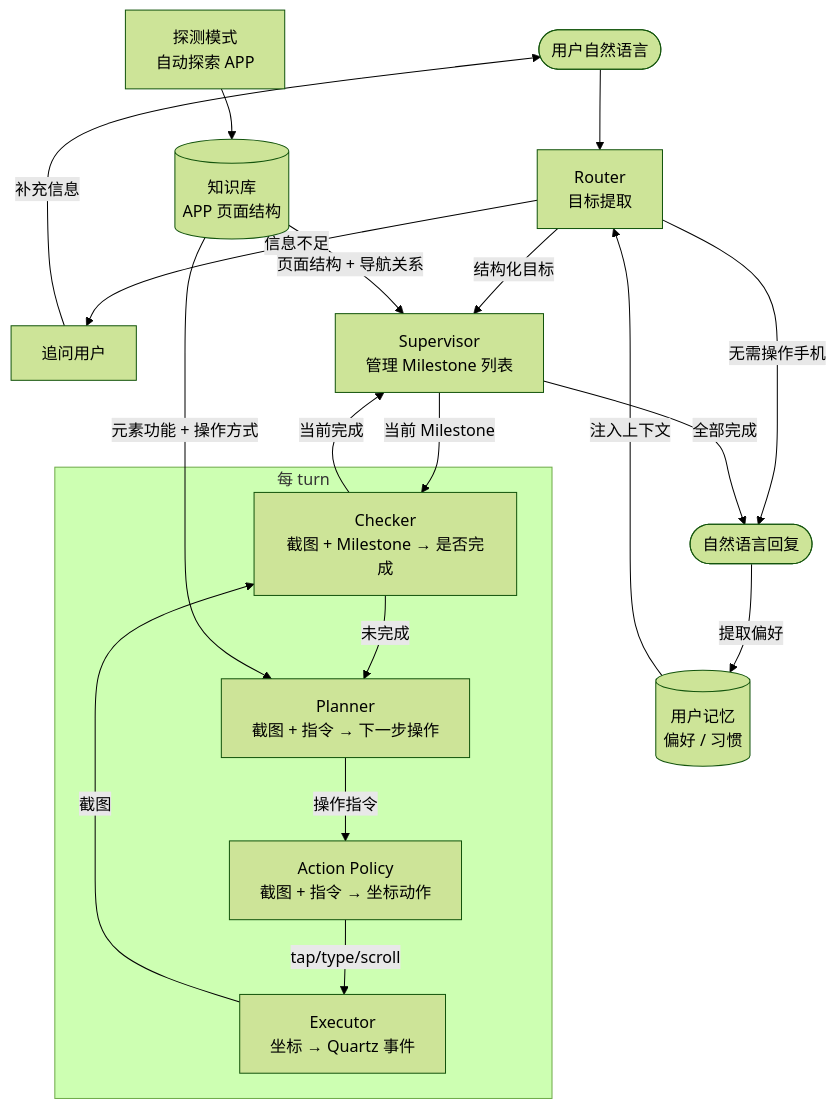
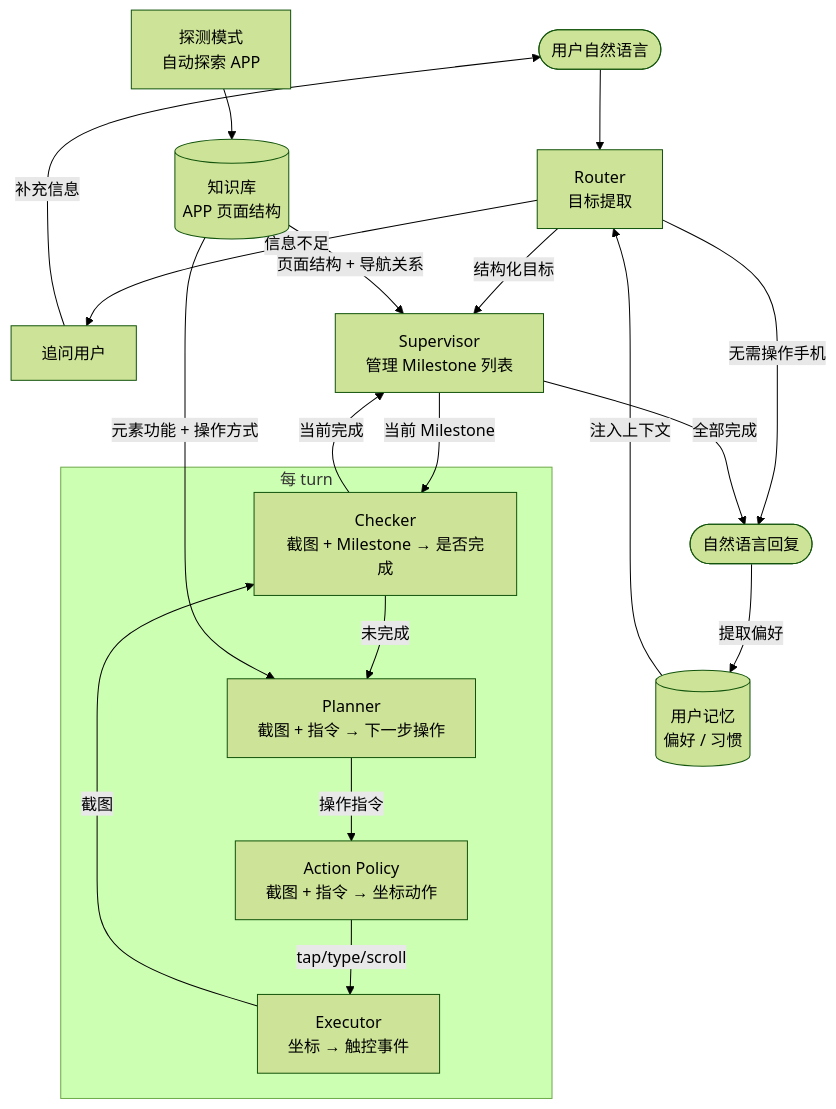
The diagram in README.zh-CN.md (hyechow/GUIWeave), drawn with Mermaid (forest theme) before and after one commit. The commit also changed other lines of this file and 1 other file, not shown here.

````diff
--- a/README.zh-CN.md
+++ b/README.zh-CN.md
@@ -39,32 +39,32 @@
 ```mermaid
 flowchart TD
     User([用户自然语言]) --> Router[Router\n目标提取]
     Router -- 无需操作手机 --> Output([自然语言回复])
     Router -- 信息不足 --> Clarify[追问用户]
     Clarify -- 补充信息 --> User
     Router -- 结构化目标 --> Supervisor[Supervisor\n管理 Milestone 列表]
 
     subgraph turn[" 每 turn "]
         Checker["Checker\n截图 + Milestone → 是否完成"]
         Planner["Planner\n截图 + 指令 → 下一步操作"]
         AP["Action Policy\n截图 + 指令 → 坐标动作"]
-        Executor["Executor\n坐标 → Quartz 事件"]
+        Executor["Executor\n坐标 → 触控事件"]
         Checker -- 未完成 --> Planner
         Planner -- 操作指令 --> AP
         AP -- tap/type/scroll --> Executor
         Executor -- 截图 --> Checker
     end
 
     Supervisor -- 当前 Milestone --> Checker
     Checker -- 当前完成 --> Supervisor
     Supervisor -- 全部完成 --> Output
 
     Knowledge[(知识库\nAPP 页面结构)]
     Recon[探测模式\n自动探索 APP] --> Knowledge
     Knowledge -- 页面结构 + 导航关系 --> Supervisor
     Knowledge -- 元素功能 + 操作方式 --> Planner
 
     Memory[(用户记忆\n偏好 / 习惯)]
     Output -- 提取偏好 --> Memory
     Memory -- 注入上下文 --> Router
 ```
````
